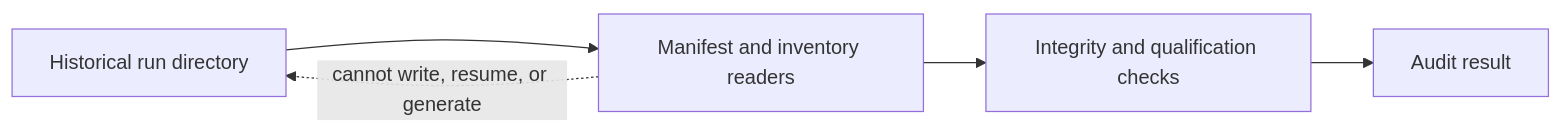
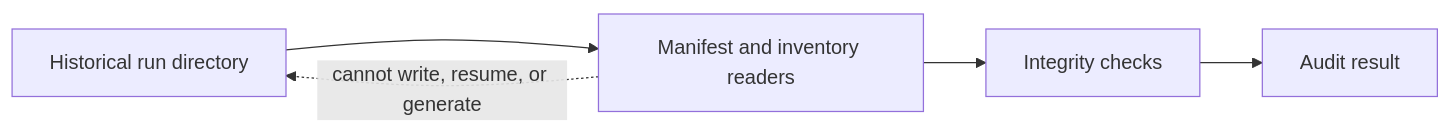
The third of 3 diagrams in docs/architecture/data-flow-diagrams.md (hjrnunes/asago-scenario-generator), drawn with Mermaid before and after one commit. The commit also changed other lines of this file and 14 other files, not shown here.

````diff
--- a/docs/architecture/data-flow-diagrams.md
+++ b/docs/architecture/data-flow-diagrams.md
@@ -79,7 +78,7 @@
 ```mermaid
 flowchart LR
     OLD[Historical run directory] --> READ[Manifest and inventory readers]
-    READ --> VALIDATE[Integrity and qualification checks]
+    READ --> VALIDATE[Integrity checks]
     VALIDATE --> RESULT[Audit result]
     READ -. cannot write, resume, or generate .-> OLD
 ```
````
